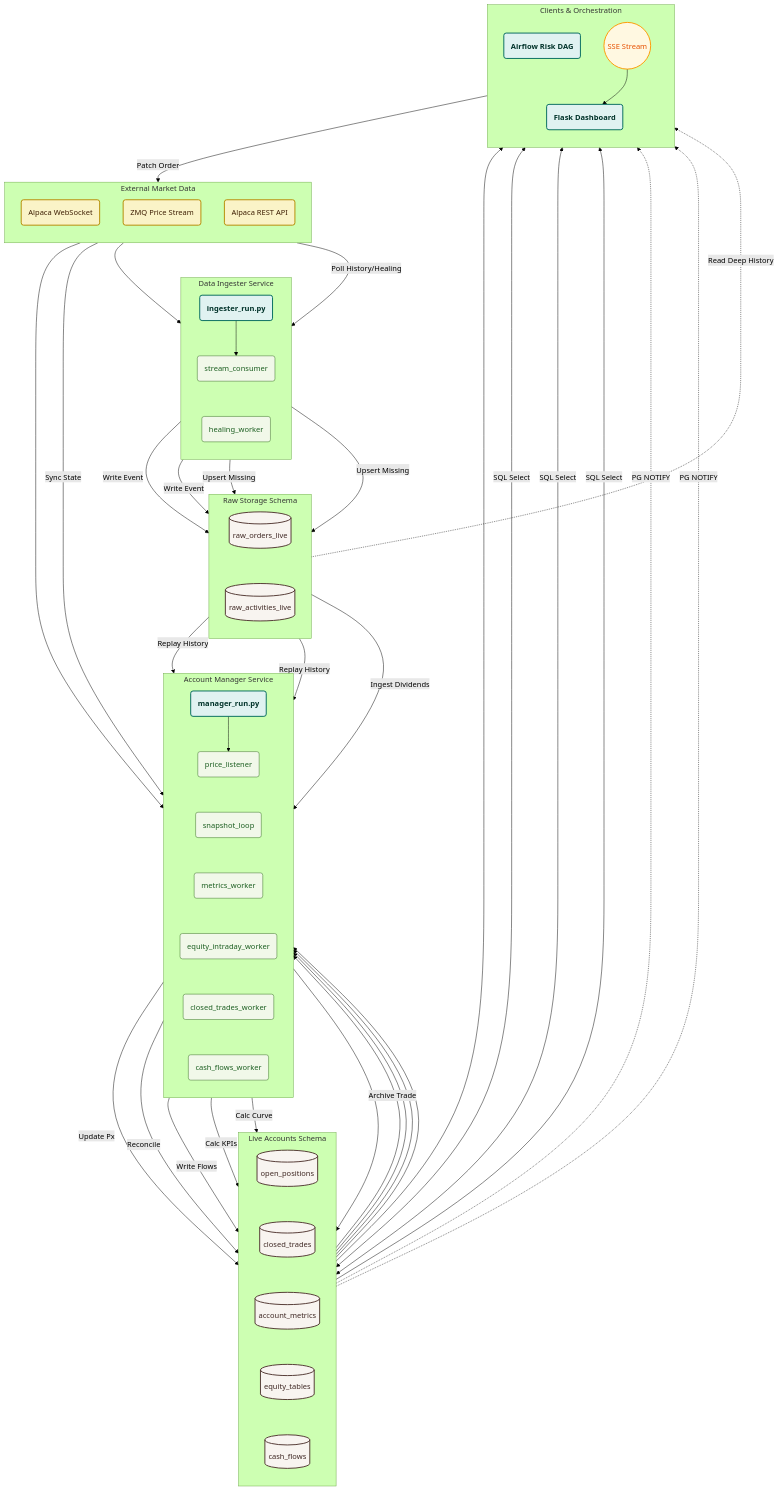
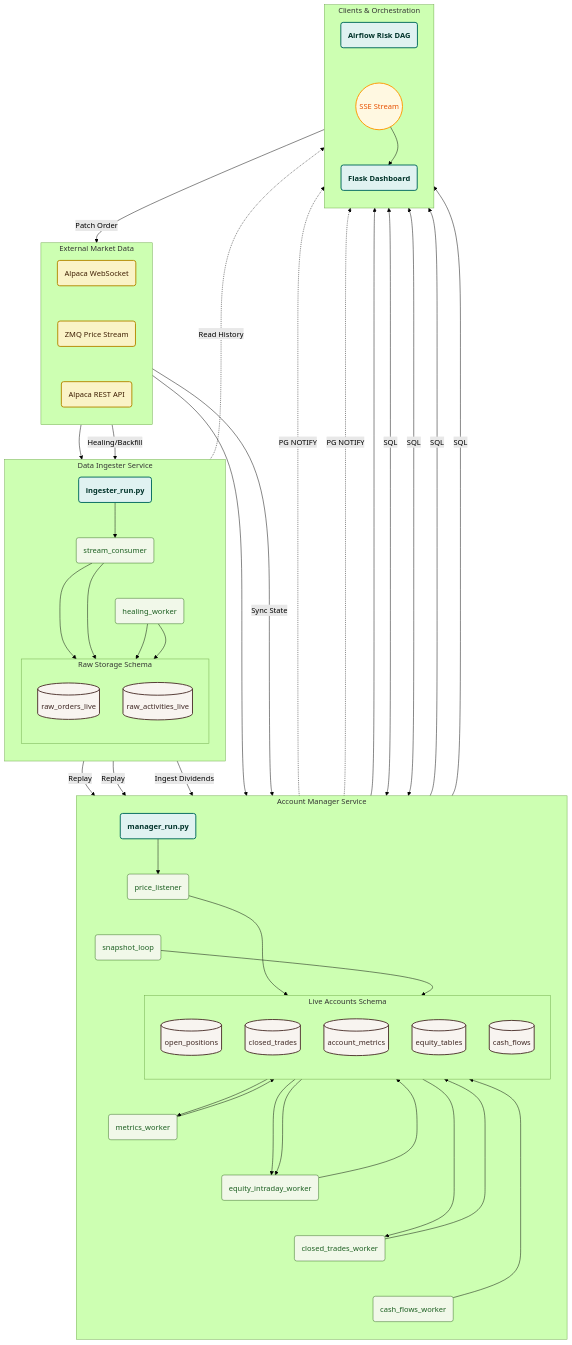
Before and after one commit to EvMossan/cold-harbor-manager: the diagram in README.md, drawn with Mermaid (forest theme).

Commit message:
modified:   README.md

````diff
--- a/README.md
+++ b/README.md
@@ -79,20 +79,23 @@
     classDef db fill:#f8f4f0,stroke:#4e342e,stroke-width:2px,shape:cylinder,color:#3e2723;
     classDef bus fill:#fff8e1,stroke:#ff9800,stroke-width:2px,shape:rect,color:#e65100;
 
-    %% ---------------------------------------------------------
-    %% 1. EXTERNAL SOURCES
-    %% ---------------------------------------------------------
+    %% =========================================================
+    %% 1. EXTERNAL SOURCES (Top Left / Center)
+    %% =========================================================
     subgraph External [External Market Data]
         direction TB
         AlpacaWS(Alpaca WebSocket):::external
+        AlpacaREST(Alpaca REST API):::external
         ZMQ(ZMQ Price Stream):::external
-        AlpacaREST(Alpaca REST API):::external
+        
+        %% Force vertical stacking inside External
+        AlpacaWS ~~~ ZMQ ~~~ AlpacaREST
     end
 
-    %% ---------------------------------------------------------
-    %% 2. INGESTION SERVICE
-    %% ---------------------------------------------------------
-    subgraph Ingester_Layer [Data Ingester Service]
+    %% =========================================================
+    %% 2. INGESTER STACK (Right Column)
+    %% =========================================================
+    subgraph Ingester_Stack [Data Ingester Service]
         direction TB
         IngesterRun(<b>ingester_run.py</b>):::service
         
@@ -100,24 +103,26 @@
         StreamWork(stream_consumer):::worker
         HealWork(healing_worker):::worker
         
+        %% Raw DB
+        subgraph Raw_DB [Raw Storage Schema]
+            direction TB
+            RawOrders[(raw_orders_live)]:::db
+            RawActs[(raw_activities_live)]:::db
+        end
+        
+        %% Flow within Ingester
         IngesterRun --> StreamWork
         StreamWork ~~~ HealWork
+        
+        %% Writes
+        StreamWork --> RawOrders & RawActs
+        HealWork --> RawOrders & RawActs
     end
 
-    %% ---------------------------------------------------------
-    %% 3. RAW STORAGE
-    %% ---------------------------------------------------------
-    subgraph Raw_DB [Raw Storage Schema]
-        direction TB
-        RawOrders[(raw_orders_live)]:::db
-        RawActs[(raw_activities_live)]:::db
-        RawOrders ~~~ RawActs
-    end
-
-    %% ---------------------------------------------------------
-    %% 4. MANAGER SERVICE
-    %% ---------------------------------------------------------
-    subgraph Manager_Layer [Account Manager Service]
+    %% =========================================================
+    %% 3. MANAGER STACK (Center Column)
+    %% =========================================================
+    subgraph Manager_Stack [Account Manager Service]
         direction TB
         MgrRun(<b>manager_run.py</b>):::service
         
@@ -129,86 +134,81 @@
         ClosedWork(closed_trades_worker):::worker
         CashFlowWork(cash_flows_worker):::worker
         
-        %% Layout hints
+        %% Live DB
+        subgraph Live_DB [Live Accounts Schema]
+            direction TB
+            TblLive[(open_positions)]:::db
+            TblClosed[(closed_trades)]:::db
+            TblMetrics[(account_metrics)]:::db
+            TblEquity[(equity_tables)]:::db
+            TblCash[(cash_flows)]:::db
+        end
+
+        %% Invisible links for ordering workers vertically
         MgrRun --> PriceList
         PriceList ~~~ SnapLoop
         SnapLoop ~~~ MetricsWork
         MetricsWork ~~~ EquityWork
         EquityWork ~~~ ClosedWork
         ClosedWork ~~~ CashFlowWork
+
+        %% Internal Logic Writes
+        PriceList --> TblLive
+        SnapLoop --> TblLive
+        MetricsWork --> TblMetrics
+        EquityWork --> TblEquity
+        ClosedWork --> TblClosed
+        CashFlowWork --> TblCash
+        
+        %% Dependencies inside DB (Logic flow)
+        TblLive --> MetricsWork
+        TblLive --> EquityWork
+        TblLive --> ClosedWork
+        TblCash --> EquityWork
     end
 
-    %% ---------------------------------------------------------
-    %% 5. LIVE STORAGE
-    %% ---------------------------------------------------------
-    subgraph Live_DB [Live Accounts Schema]
-        direction TB
-        TblLive[(open_positions)]:::db
-        TblClosed[(closed_trades)]:::db
-        TblMetrics[(account_metrics)]:::db
-        TblEquity[(equity_tables)]:::db
-        TblCash[(cash_flows)]:::db
-        
-        TblLive ~~~ TblClosed
-        TblClosed ~~~ TblMetrics
-        TblMetrics ~~~ TblEquity
-        TblEquity ~~~ TblCash
-    end
-
-    %% ---------------------------------------------------------
-    %% 6. CONSUMERS
-    %% ---------------------------------------------------------
-    subgraph Consumers [Clients & Orchestration]
+    %% =========================================================
+    %% 4. CLIENTS & ORCHESTRATION (Left Column)
+    %% =========================================================
+    subgraph Clients_Stack [Clients & Orchestration]
         direction TB
         RiskDAG(<b>Airflow Risk DAG</b>):::service
         Flask(<b>Flask Dashboard</b>):::service
         SSE((SSE Stream)):::bus
         
-        RiskDAG ~~~ Flask
+        RiskDAG ~~~ SSE ~~~ Flask
     end
 
     %% =========================================================
-    %% DATA FLOW CONNECTIONS
+    %% CROSS-COMPONENT CONNECTIONS
     %% =========================================================
 
-    %% --- INGESTER FLOWS ---
+    %% --- External Inputs ---
     AlpacaWS --> StreamWork
-    AlpacaREST -->|Poll History/Healing| HealWork
-    StreamWork -->|Write Event| RawOrders & RawActs
-    HealWork -->|Upsert Missing| RawOrders & RawActs
+    ZMQ --> PriceList
+    
+    %% [NEW] API Connections (Ingester & Manager)
+    AlpacaREST -->|Healing/Backfill| HealWork
+    AlpacaREST -->|Sync State| SnapLoop
+    
+    %% --- Manager Reading Raw Data ---
+    RawOrders & RawActs -->|Replay| SnapLoop
+    RawActs -->|Ingest Dividends| CashFlowWork
 
-    %% --- MANAGER INPUTS ---
-    ZMQ --> PriceList
-    RawOrders & RawActs -->|Replay History| SnapLoop
-    RawActs -->|Ingest Dividends| CashFlowWork
-    AlpacaREST -->|Sync State| SnapLoop
-
-    %% --- MANAGER WRITES ---
-    PriceList -- Update Px --> TblLive
-    SnapLoop -- Reconcile --> TblLive
-    CashFlowWork -- Write Flows --> TblCash
-    
-    %% --- MANAGER INTERNAL CALCS ---
-    TblLive --> MetricsWork & EquityWork & ClosedWork
-    TblCash --> EquityWork
-    
-    MetricsWork -- Calc KPIs --> TblMetrics
-    EquityWork -- Calc Curve --> TblEquity
-    ClosedWork -- Archive Trade --> TblClosed
-    
-    %% --- RISK MANAGER ---
-    RawOrders -.->|Read Deep History| RiskDAG
+    %% --- Risk Manager Flow ---
+    RawOrders -.->|Read History| RiskDAG
     RiskDAG -- Patch Order --> AlpacaREST
 
-    %% --- DASHBOARD READS ---
-    TblMetrics --> Flask
-    TblLive <-->|SQL Select| Flask
-    TblClosed <-->|SQL Select| Flask
-    TblEquity -->|SQL Select| Flask
-
-    %% --- DASHBOARD PUSH ---
+    %% --- Dashboard / Web Flow ---
     TblLive -.->|PG NOTIFY| SSE
     TblClosed -.->|PG NOTIFY| SSE
     SSE --> Flask
+    
+    %% [NEW] Dashboard SQL Reads
+    TblMetrics --> Flask
+    TblLive <-->|SQL| Flask
+    TblClosed <-->|SQL| Flask
+    TblEquity -->|SQL| Flask
+    TblCash -->|SQL| Flask
 
 ```
````
